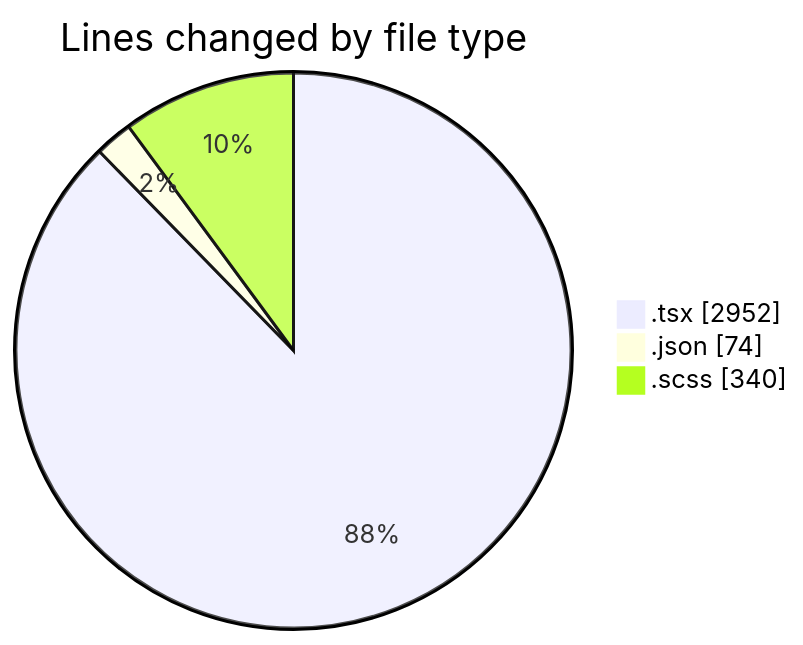
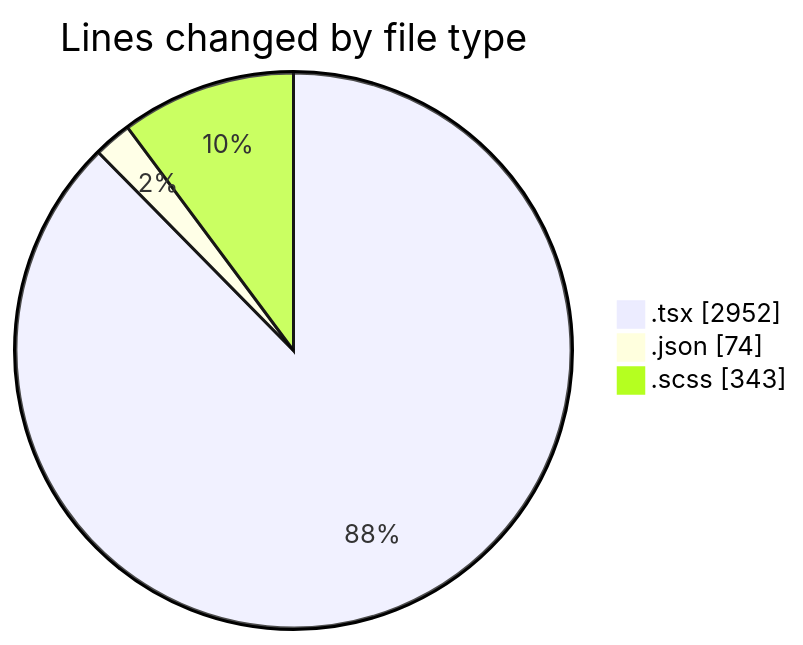
Before and after one commit to momahboobian/code-tracking: the first of 2 diagrams in 2025-04-08/cda/README.md, drawn with Mermaid. The commit also changed other lines of this file and 1 other file, not shown here.

````diff
--- a/2025-04-08/cda/README.md
+++ b/2025-04-08/cda/README.md
@@ -29,7 +29,7 @@
 ```mermaid
 pie showData
 title Lines changed by file type
 ".tsx" : 2952
 ".json" : 74
-".scss" : 340
+".scss" : 343
 ```
````
